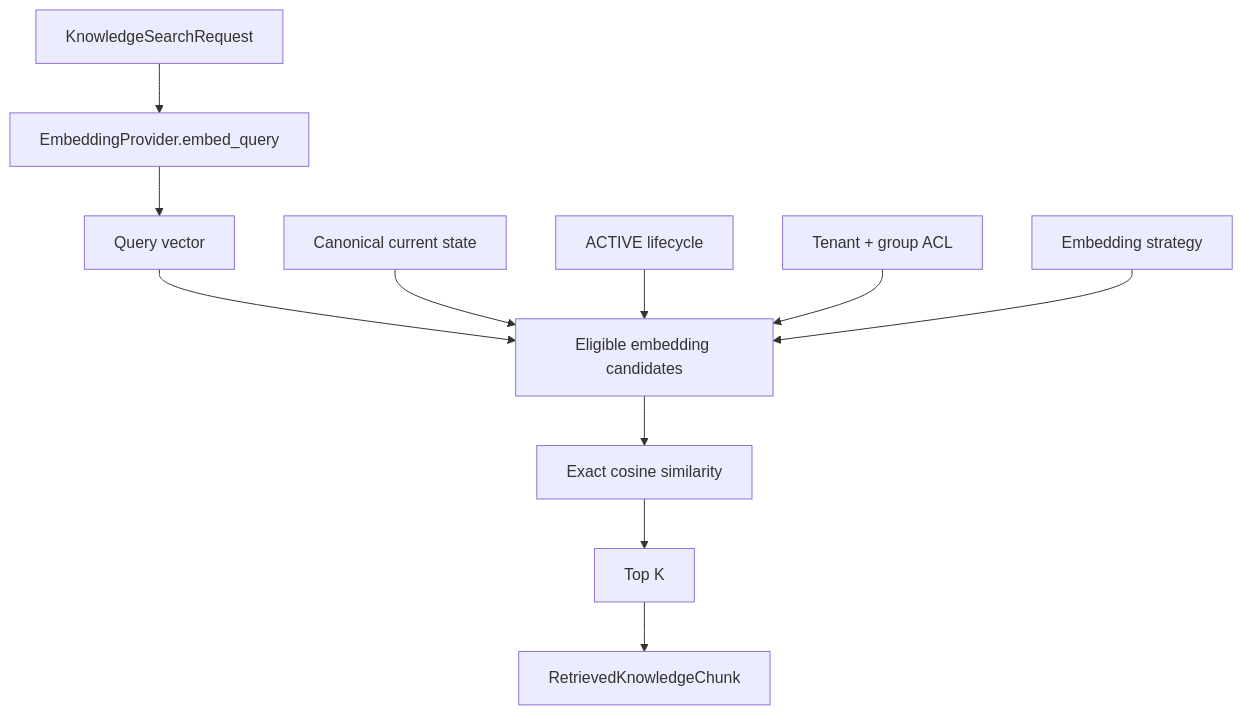
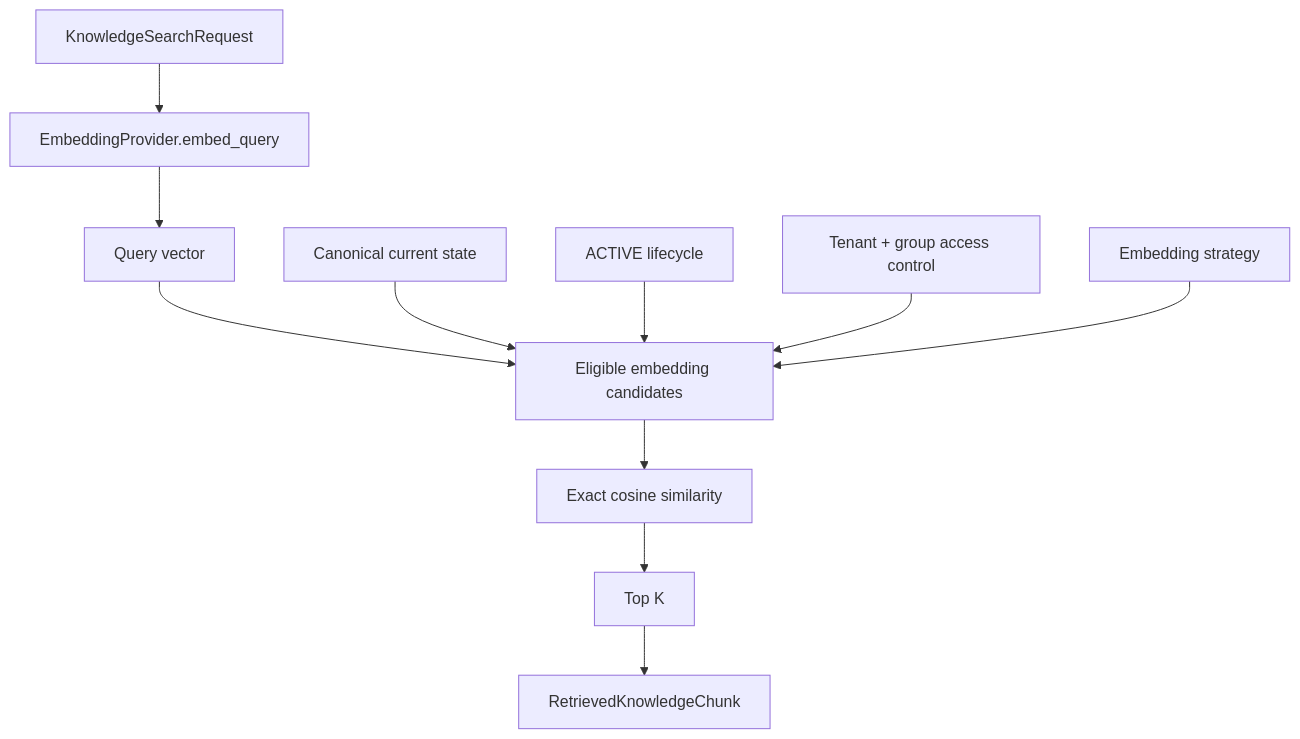
One commit to kumarchandansingh/tropos changed the second of 2 diagrams in docs/learning/DENSE_RETRIEVAL_V1.md. Above: the diagram before and after it, drawn with Mermaid. The commit also changed other lines of this file and 6 other files, not shown here.

First line of the commit message:
docs: fix Mermaid concurrency diagram and expand technical shorthand

````diff
--- a/docs/learning/DENSE_RETRIEVAL_V1.md
+++ b/docs/learning/DENSE_RETRIEVAL_V1.md
@@ -156,15 +158,15 @@
 ```mermaid
 flowchart TD
     Q[KnowledgeSearchRequest]
     --> EQ[EmbeddingProvider.embed_query]
     --> QV[Query vector]
     --> EL[Eligible embedding candidates]
     --> S[Exact cosine similarity]
     --> K[Top K]
     --> R[RetrievedKnowledgeChunk]
 
     CS[Canonical current state] --> EL
     LC[ACTIVE lifecycle] --> EL
-    ACL[Tenant + group ACL] --> EL
+    ACL[Tenant + group access control] --> EL
     ES[Embedding strategy] --> EL
 ```
````
